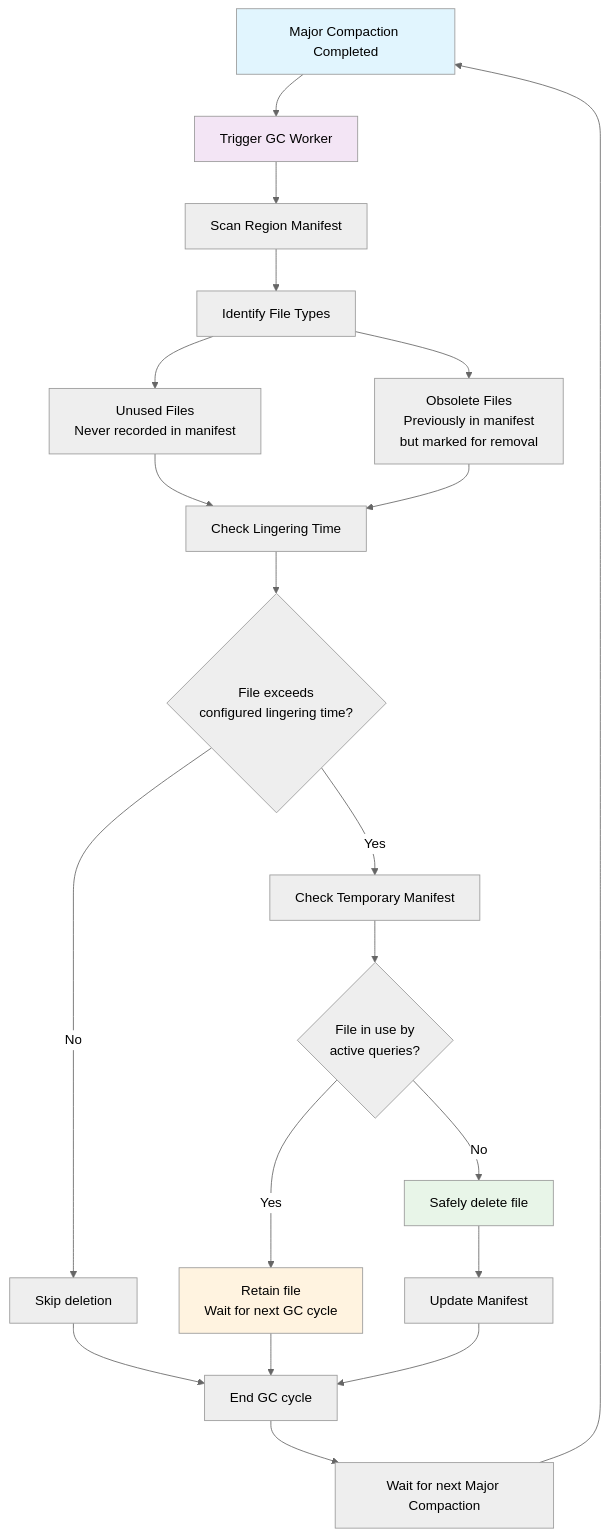
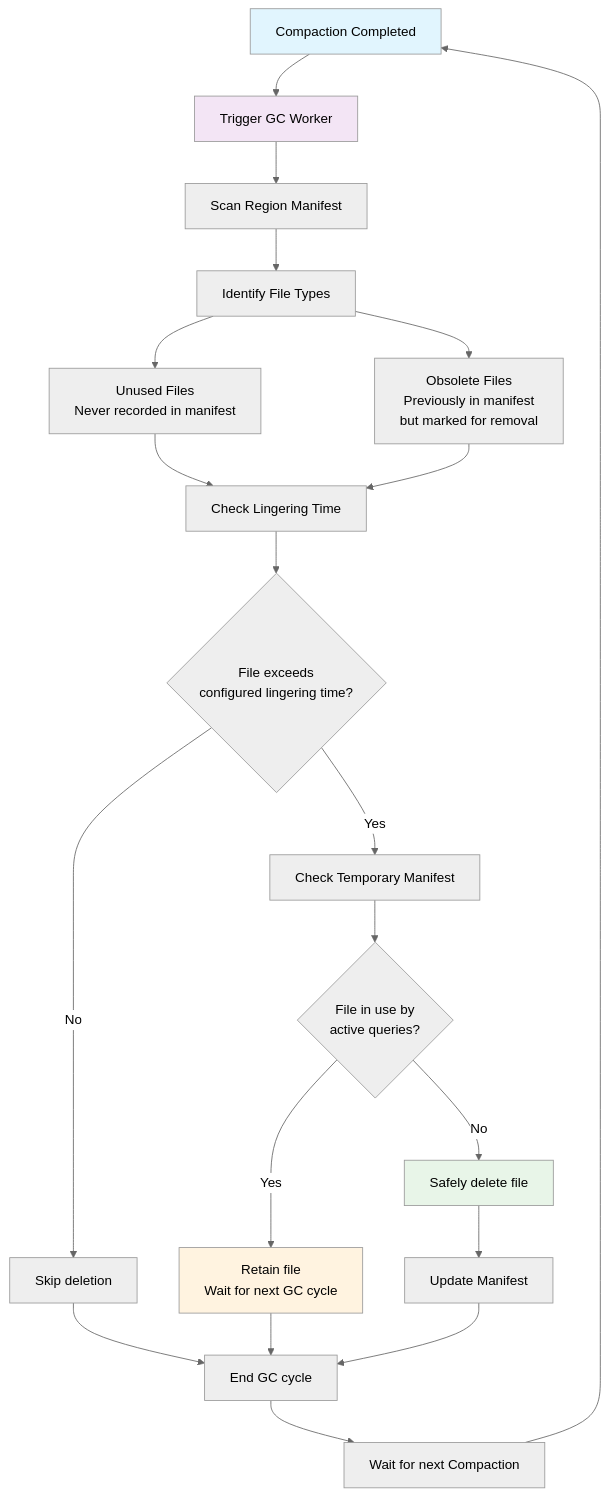
The diagram in docs/rfcs/2025-07-23-global-gc-worker.md (GreptimeTeam/greptimedb), drawn with Mermaid (neutral theme) before and after one commit. The commit also changed other lines of this file, not shown here.

````diff
--- a/docs/rfcs/2025-07-23-global-gc-worker.md
+++ b/docs/rfcs/2025-07-23-global-gc-worker.md
@@ -45,26 +45,26 @@
 ```mermaid
 flowchart TD
-    A[Major Compaction Completed] --> B[Trigger GC Worker]
+    A[Compaction Completed] --> B[Trigger GC Worker]
     B --> C[Scan Region Manifest]
     C --> D[Identify File Types]
     D --> E[Unused Files<br/>Never recorded in manifest]
     D --> F[Obsolete Files<br/>Previously in manifest<br/>but marked for removal]
     E --> G[Check Lingering Time]
     F --> G
     G --> H{File exceeds<br/>configured lingering time?}
     H -->|No| I[Skip deletion]
     H -->|Yes| J[Check Temporary Manifest]
     J --> K{File in use by<br/>active queries?}
     K -->|Yes| L[Retain file<br/>Wait for next GC cycle]
     K -->|No| M[Safely delete file]
     I --> N[End GC cycle]
     L --> N
     M --> O[Update Manifest]
     O --> N
-    N --> P[Wait for next Major Compaction]
+    N --> P[Wait for next Compaction]
     P --> A
     style A fill:#e1f5fe
     style B fill:#f3e5f5
     style M fill:#e8f5e8
     style L fill:#fff3e0
 ```
````
